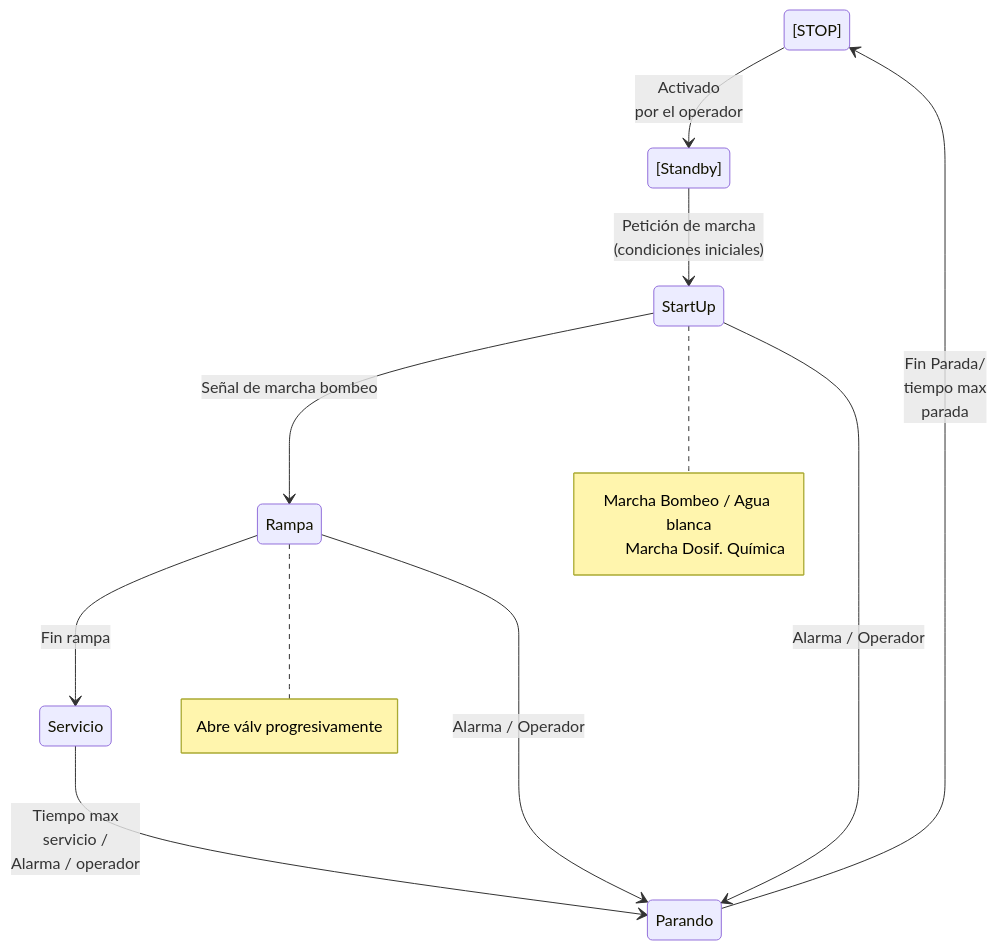
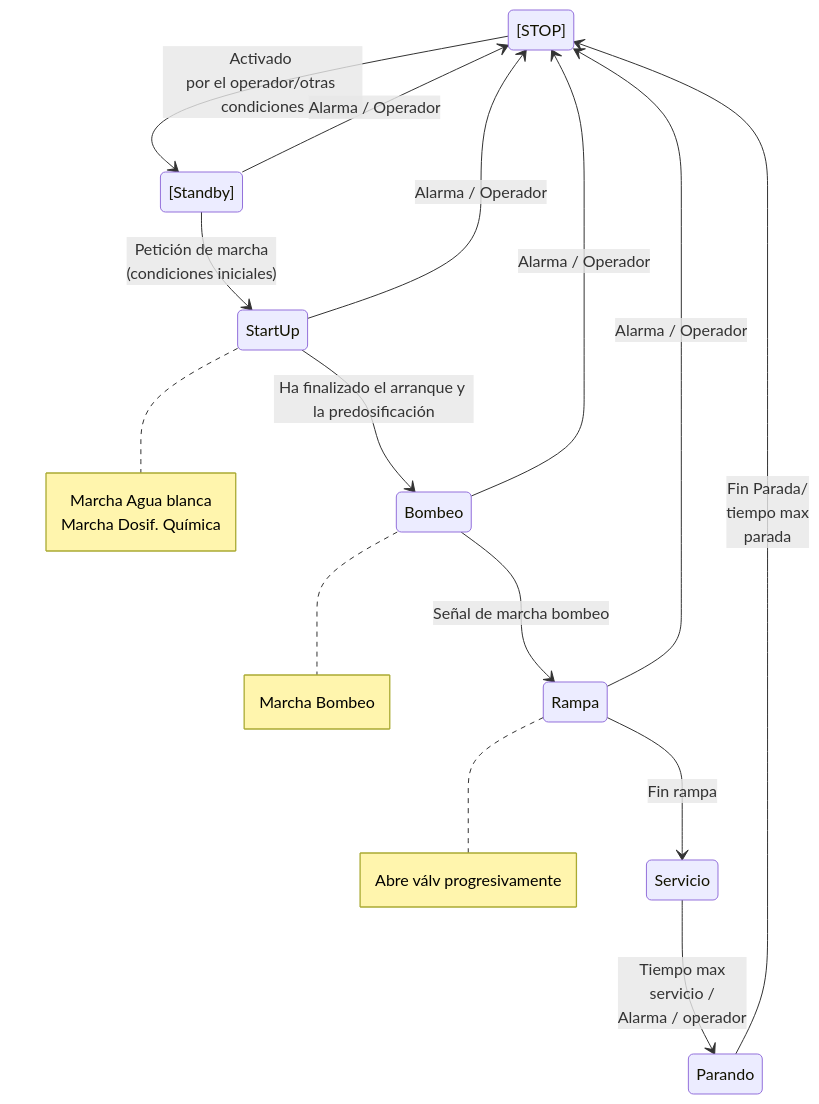
One commit to ilojveo/Proyectos-CBSR changed the diagram in Descripciones-funcionales/DAFs/Notas sobre la descripción funcional DAF.md. Above: the diagram before and after it, drawn with Mermaid. The commit also changed other lines of this file, not shown here.

````diff
--- a/Descripciones-funcionales/DAFs/Notas sobre la descripción funcional DAF.md
+++ b/Descripciones-funcionales/DAFs/Notas sobre la descripción funcional DAF.md
@@ -22,26 +17,34 @@
 ```mermaid
 stateDiagram-v2
-    [STOP] --> [Standby]: Activado <br/>por el operador 
+    [STOP] --> [Standby]: Activado <br/>por el operador/otras condiciones 
+    
+    [Standby] --> [STOP]: Alarma / Operador
     
     [Standby] --> StartUp: Petición de marcha<br/>(condiciones iniciales)
     
-    
-    StartUp --> Rampa: Señal de marcha bombeo
+    StartUp --> Bombeo: Ha finalizado el arranque y la predosificación
     note right of StartUp
-    	Marcha Bombeo / Agua blanca
+    	Marcha Agua blanca
     	Marcha Dosif. Química
     end note
     
-    StartUp --> Parando: Alarma / Operador
+    Bombeo --> Rampa: Señal de marcha bombeo
+    note right of Bombeo
+    	Marcha Bombeo
+    end note
+    
+    Bombeo --> [STOP]: Alarma / Operador
+    
+    StartUp --> [STOP]: Alarma / Operador
     
     Rampa --> Servicio: Fin rampa
     note right of Rampa
     	Abre válv progresivamente
     end note
     
-    Rampa --> Parando: Alarma / Operador
+    Rampa --> [STOP]: Alarma / Operador
     
     Servicio --> Parando: Tiempo max <br/> servicio / <br/>Alarma / operador 
     
     Parando --> [STOP]: Fin Parada/<br/> tiempo max <br/>parada
 ```
````
